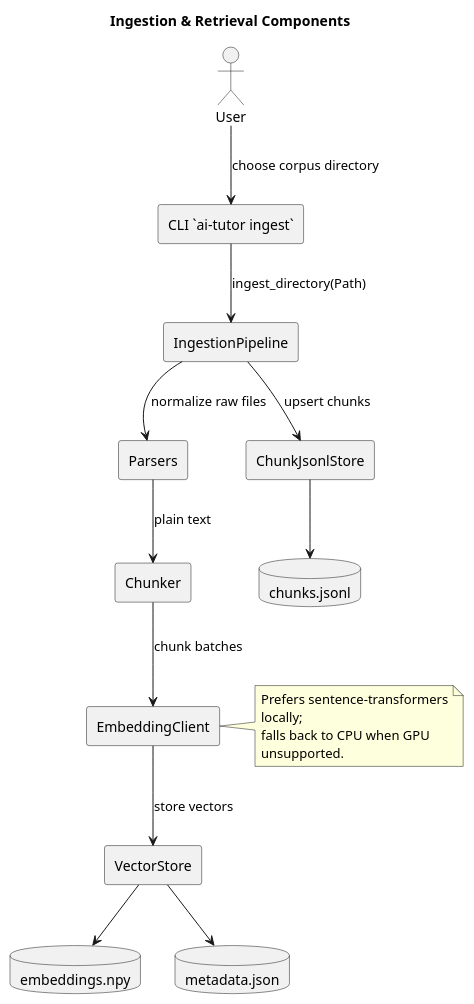
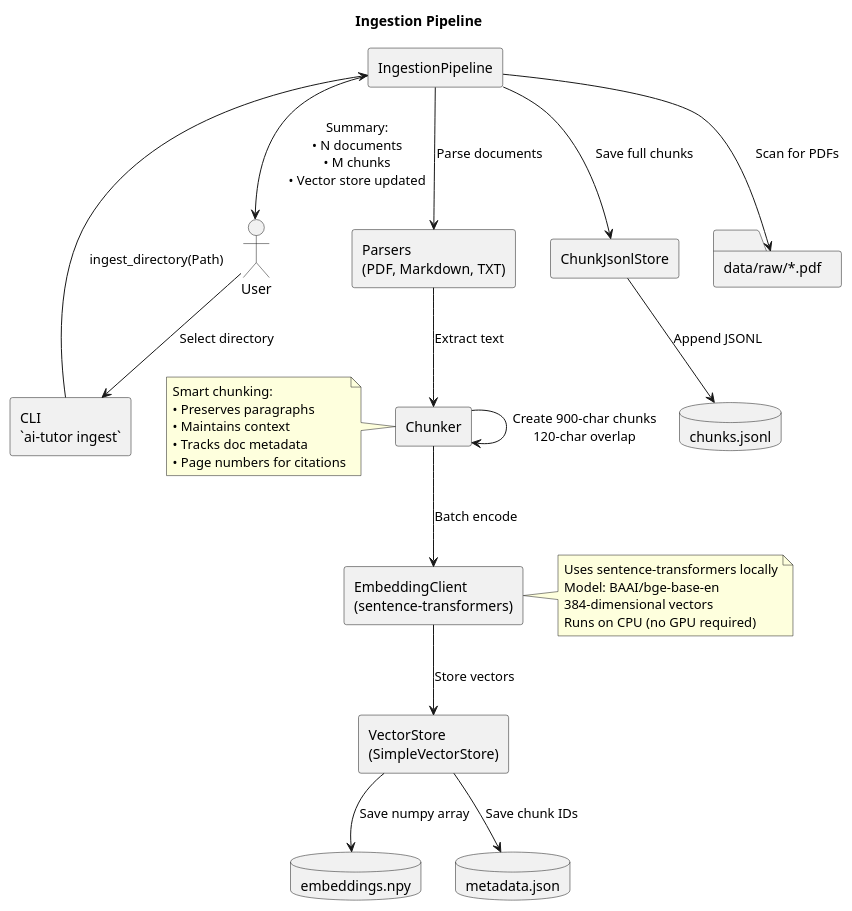
The third of 3 diagrams in docs/components.puml (HenryNVP/ai-tutor), drawn with PlantUML before and after one commit. The commit also changed other lines of this file and 2 other files, not shown here.

```diff
--- a/docs/components.puml
+++ b/docs/components.puml
@@ -35,34 +115,49 @@
 @startuml
 skinparam componentStyle rectangle
 skinparam wrapWidth 220
-title Ingestion & Retrieval Components
+title Ingestion Pipeline
 
 actor User
-component "CLI `ai-tutor ingest`" as CLI
+component "CLI\n`ai-tutor ingest`" as CLI
 component "IngestionPipeline" as Ingestion
-component "Parsers" as Parsers
+component "Parsers\n(PDF, Markdown, TXT)" as Parsers
 component "Chunker" as Chunker
-component "EmbeddingClient" as EmbeddingClient
-component "VectorStore" as VectorStore
+component "EmbeddingClient\n(sentence-transformers)" as EmbeddingClient
+component "VectorStore\n(SimpleVectorStore)" as VectorStore
 component "ChunkJsonlStore" as ChunkStore
+folder "data/raw/*.pdf" as RawDocs
 database "embeddings.npy" as EmbeddingsFile
 database "metadata.json" as MetadataFile
 database "chunks.jsonl" as ChunksFile
 
-User --> CLI : choose corpus directory
+User --> CLI : Select directory
 CLI --> Ingestion : ingest_directory(Path)
-Ingestion --> Parsers : normalize raw files
-Parsers --> Chunker : plain text
-Chunker --> EmbeddingClient : chunk batches
-EmbeddingClient --> VectorStore : store vectors
-VectorStore --> EmbeddingsFile
-VectorStore --> MetadataFile
-Ingestion --> ChunkStore : upsert chunks
-ChunkStore --> ChunksFile
+Ingestion --> RawDocs : Scan for PDFs
+Ingestion --> Parsers : Parse documents
+Parsers --> Chunker : Extract text
+Chunker --> Chunker : Create 900-char chunks\n120-char overlap
+Chunker --> EmbeddingClient : Batch encode
+EmbeddingClient --> VectorStore : Store vectors
+VectorStore --> EmbeddingsFile : Save numpy array
+VectorStore --> MetadataFile : Save chunk IDs
+Ingestion --> ChunkStore : Save full chunks
+ChunkStore --> ChunksFile : Append JSONL
+
+Ingestion --> User : Summary:\n• N documents\n• M chunks\n• Vector store updated
 
 note right of EmbeddingClient
-  Prefers sentence-transformers locally;
-  falls back to CPU when GPU unsupported.
+  Uses sentence-transformers locally
+  Model: BAAI/bge-base-en
+  384-dimensional vectors
+  Runs on CPU (no GPU required)
+end note
+
+note left of Chunker
+  Smart chunking:
+  • Preserves paragraphs
+  • Maintains context
+  • Tracks doc metadata
+  • Page numbers for citations
 end note
 
 @enduml
```
